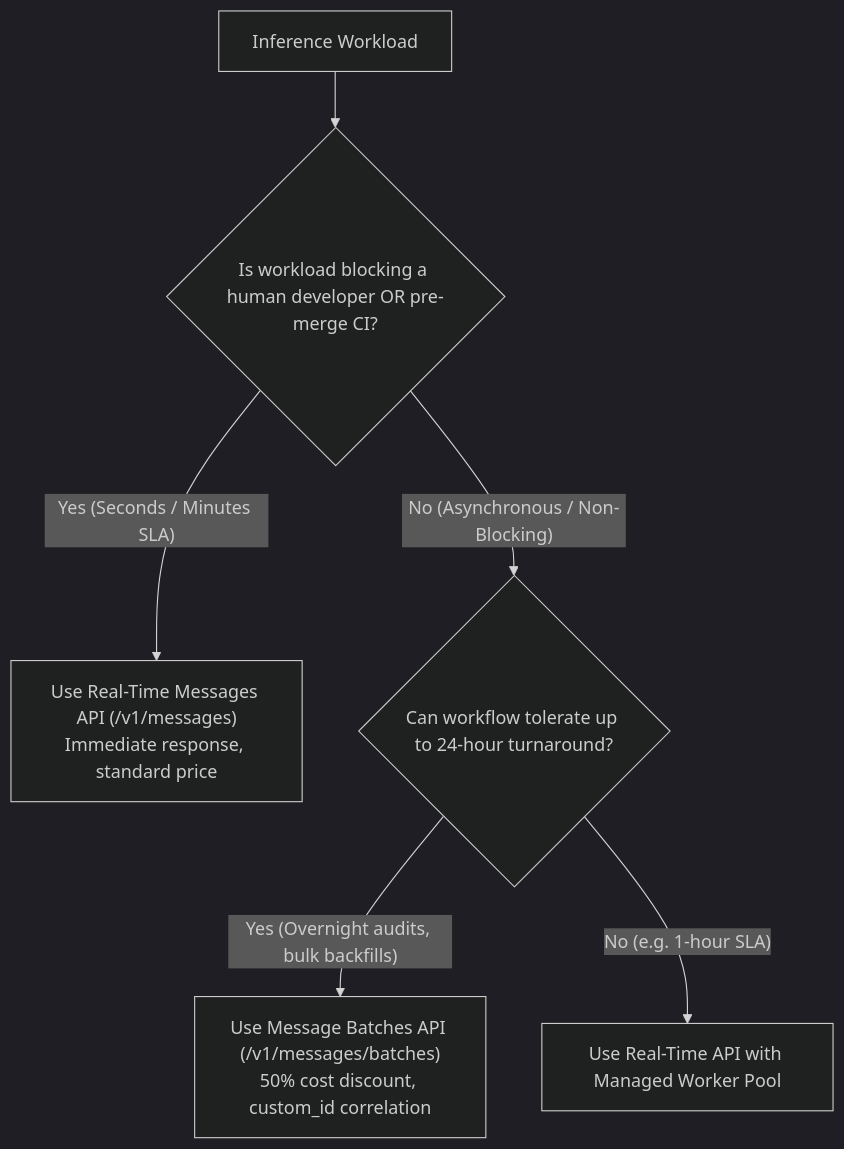
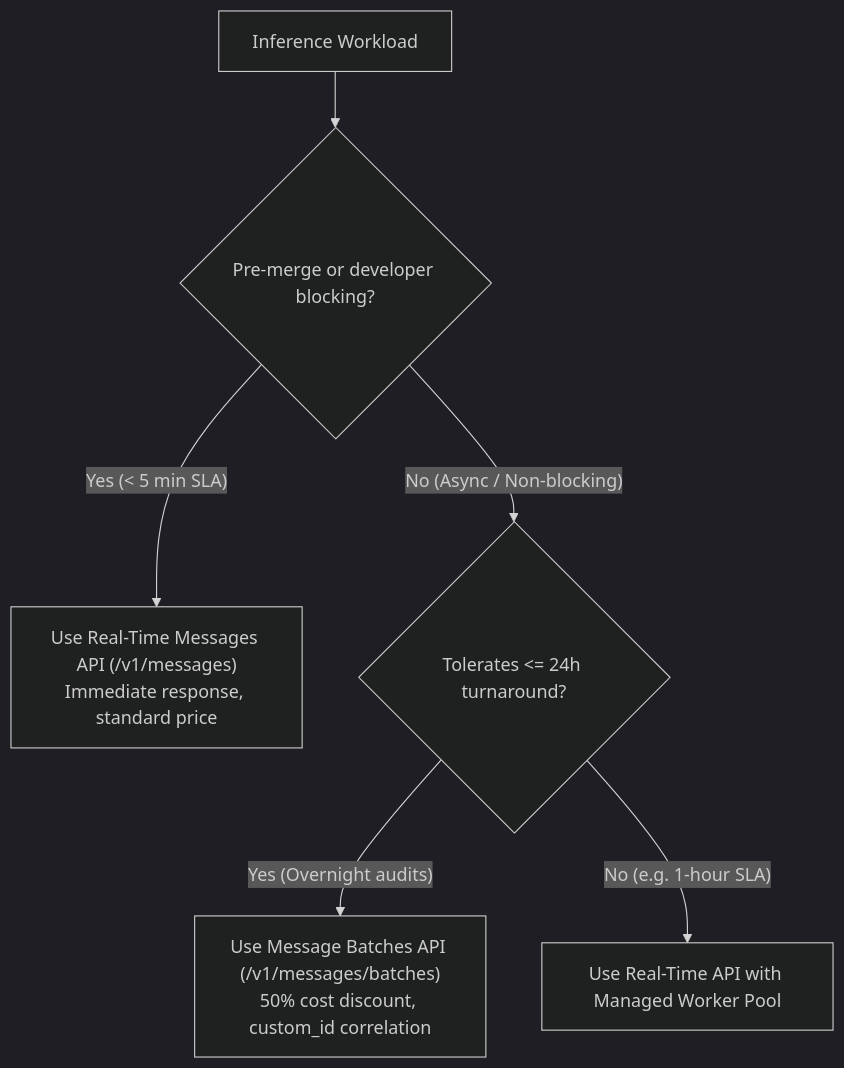
One commit to dip4k/claude_cert_architect_foundation_prep changed the second of 6 diagrams in scenarios/MASTER_SCENARIO_PRACTICE.md. Above: the diagram before and after it, drawn with Mermaid (dark theme). The commit also changed other lines of this file and 30 other files, not shown here.

Commit message:
docs: enhance domain and scenario guides with exam rules, golden rules, and simplified GitHub mermaid diagrams

````diff
--- a/scenarios/MASTER_SCENARIO_PRACTICE.md
+++ b/scenarios/MASTER_SCENARIO_PRACTICE.md
@@ -58,12 +58,12 @@
 ```mermaid
 flowchart TD
-    Workload["Inference Workload"] --> LatencyCheck{"Is workload blocking a human developer OR pre-merge CI?"}
+    Workload["Inference Workload"] --> LatencyCheck{"Pre-merge or developer blocking?"}
     
-    LatencyCheck -- "Yes (Seconds / Minutes SLA)" --> RealTimeAPI["Use Real-Time Messages API (/v1/messages)<br/>Immediate response, standard price"]
+    LatencyCheck -- "Yes (< 5 min SLA)" --> RealTimeAPI["Use Real-Time Messages API (/v1/messages)<br/>Immediate response, standard price"]
     
-    LatencyCheck -- "No (Asynchronous / Non-Blocking)" --> SLA24Check{"Can workflow tolerate up to 24-hour turnaround?"}
+    LatencyCheck -- "No (Async / Non-blocking)" --> SLA24Check{"Tolerates <= 24h turnaround?"}
     
-    SLA24Check -- "Yes (Overnight audits, bulk backfills)" --> BatchesAPI["Use Message Batches API (/v1/messages/batches)<br/>50% cost discount, custom_id correlation"]
+    SLA24Check -- "Yes (Overnight audits)" --> BatchesAPI["Use Message Batches API (/v1/messages/batches)<br/>50% cost discount, custom_id correlation"]
     
     SLA24Check -- "No (e.g. 1-hour SLA)" --> WorkerPool["Use Real-Time API with Managed Worker Pool"]
 ```
````
